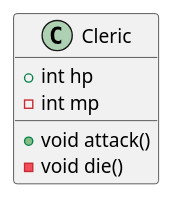
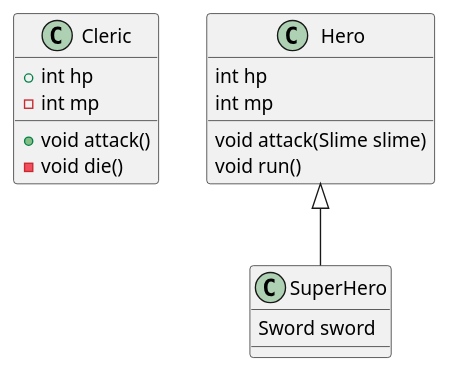
The diagram in lib/game.puml (hojun-jo/sesac7_dart_study), drawn with PlantUML before and after one commit.

Commit message:
docs: puml 예시 추가

```diff
--- a/lib/game.puml
+++ b/lib/game.puml
@@ -1,9 +1,22 @@
-@startuml
+@startuml 
+
 class Cleric {
     + int hp
     - int mp
 
     + void attack()
     - void die()
 }
+
+class Hero {
+    int hp
+    int mp
+    void attack(Slime slime)
+    void run()
+}
+
+class SuperHero extends Hero {
+    Sword sword
+}
+
 @enduml
```
